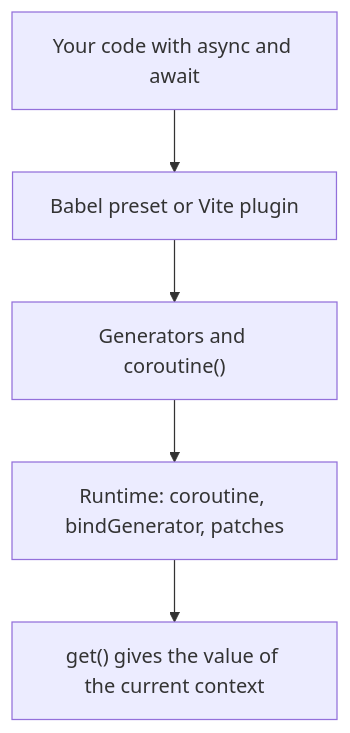
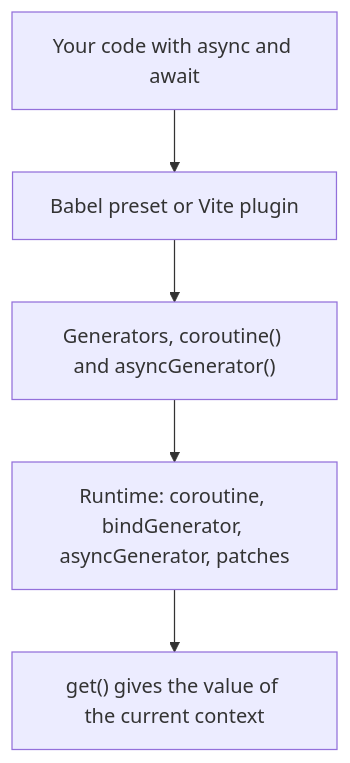
One commit to mark1russell7/AsyncBrowserContext changed the diagram in site/content/docs/index.mdx. Above: the diagram before and after it, drawn with Mermaid. The commit also changed other lines of this file and 18 other files, not shown here.

````diff
--- a/site/content/docs/index.mdx
+++ b/site/content/docs/index.mdx
@@ -27,7 +27,7 @@
 ```mermaid title="The two parts of the library" caption="The build transforms the code. The runtime keeps the context while the code operates."
 flowchart TB
     source["Your code with async and await"] --> transform["Babel preset or Vite plugin"]
-    transform --> output["Generators and coroutine()"]
-    output --> runtime["Runtime: coroutine, bindGenerator, patches"]
+    transform --> output["Generators, coroutine() and asyncGenerator()"]
+    output --> runtime["Runtime: coroutine, bindGenerator, asyncGenerator, patches"]
     runtime --> value["get() gives the value of the current context"]
 ```
````
